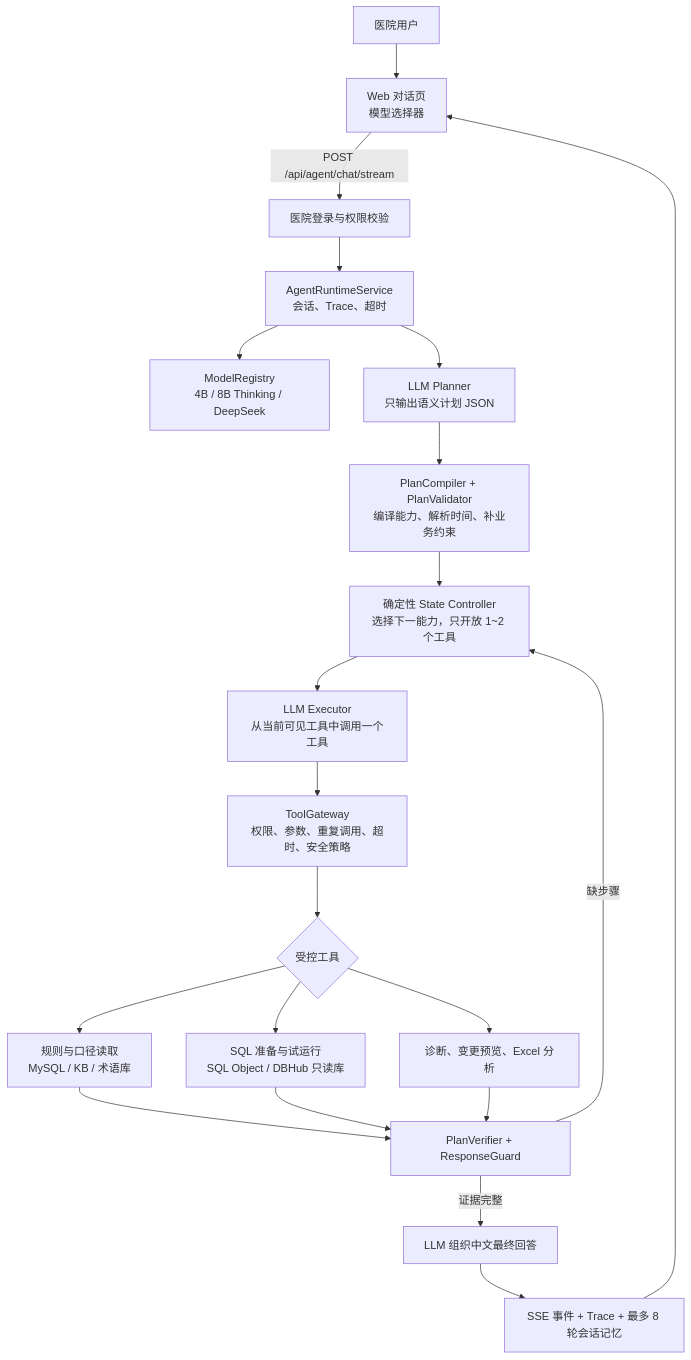
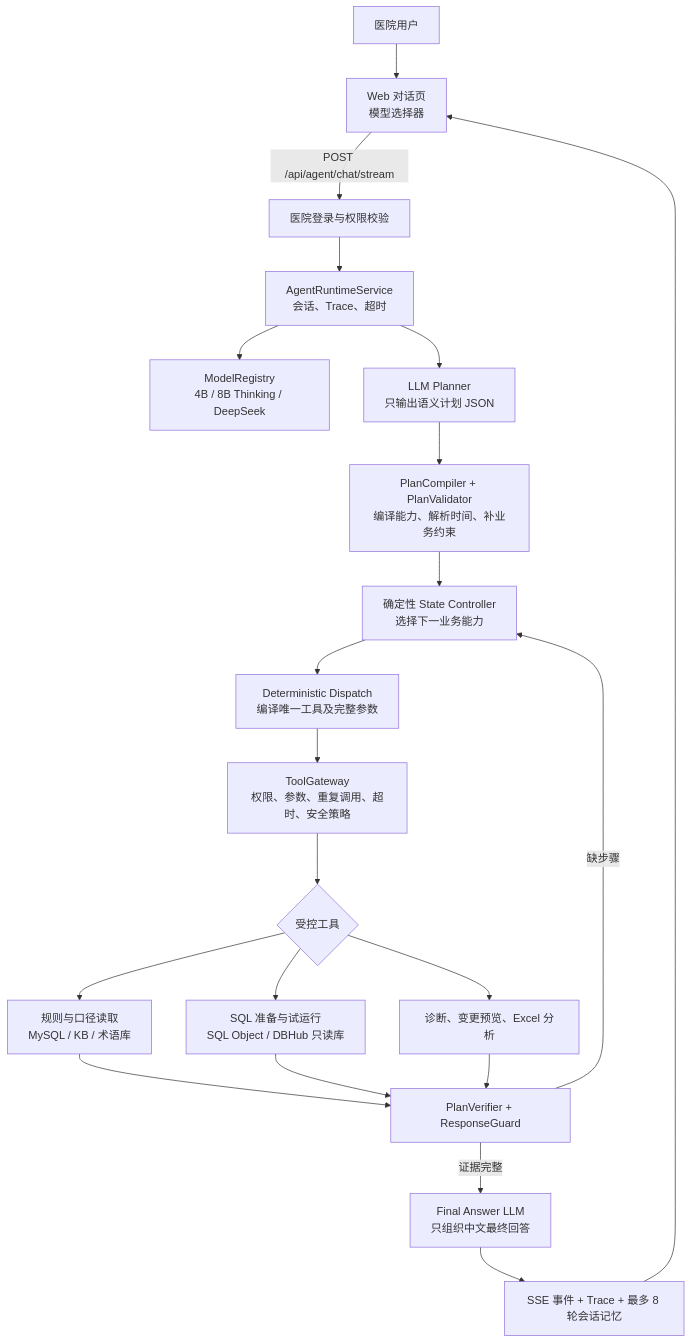
The diagram in docs/architecture/agent-runtime-current.md (KK456701/wiki-project), drawn with Mermaid before and after one commit. The commit also changed other lines of this file and 18 other files, not shown here.

````diff
--- a/docs/architecture/agent-runtime-current.md
+++ b/docs/architecture/agent-runtime-current.md
@@ -7,23 +7,23 @@
 ```mermaid
 flowchart TD
     U["医院用户"] --> W["Web 对话页<br/>模型选择器"]
     W -->|"POST /api/agent/chat/stream"| A["医院登录与权限校验"]
     A --> S["AgentRuntimeService<br/>会话、Trace、超时"]
     S --> M["ModelRegistry<br/>4B / 8B Thinking / DeepSeek"]
     S --> P["LLM Planner<br/>只输出语义计划 JSON"]
     P --> C["PlanCompiler + PlanValidator<br/>编译能力、解析时间、补业务约束"]
-    C --> SC["确定性 State Controller<br/>选择下一能力，只开放 1~2 个工具"]
-    SC --> E["LLM Executor<br/>从当前可见工具中调用一个工具"]
-    E --> G["ToolGateway<br/>权限、参数、重复调用、超时、安全策略"]
+    C --> SC["确定性 State Controller<br/>选择下一业务能力"]
+    SC --> DTC["Deterministic Dispatch<br/>编译唯一工具及完整参数"]
+    DTC --> G["ToolGateway<br/>权限、参数、重复调用、超时、安全策略"]
     G --> T{"受控工具"}
     T --> R["规则与口径读取<br/>MySQL / KB / 术语库"]
     T --> Q["SQL 准备与试运行<br/>SQL Object / DBHub 只读库"]
     T --> D["诊断、变更预览、Excel 分析"]
     R --> V["PlanVerifier + ResponseGuard"]
     Q --> V
     D --> V
     V -->|"缺步骤"| SC
-    V -->|"证据完整"| F["LLM 组织中文最终回答"]
+    V -->|"证据完整"| F["Final Answer LLM<br/>只组织中文最终回答"]
     F --> X["SSE 事件 + Trace + 最多 8 轮会话记忆"]
     X --> W
 ```
````
